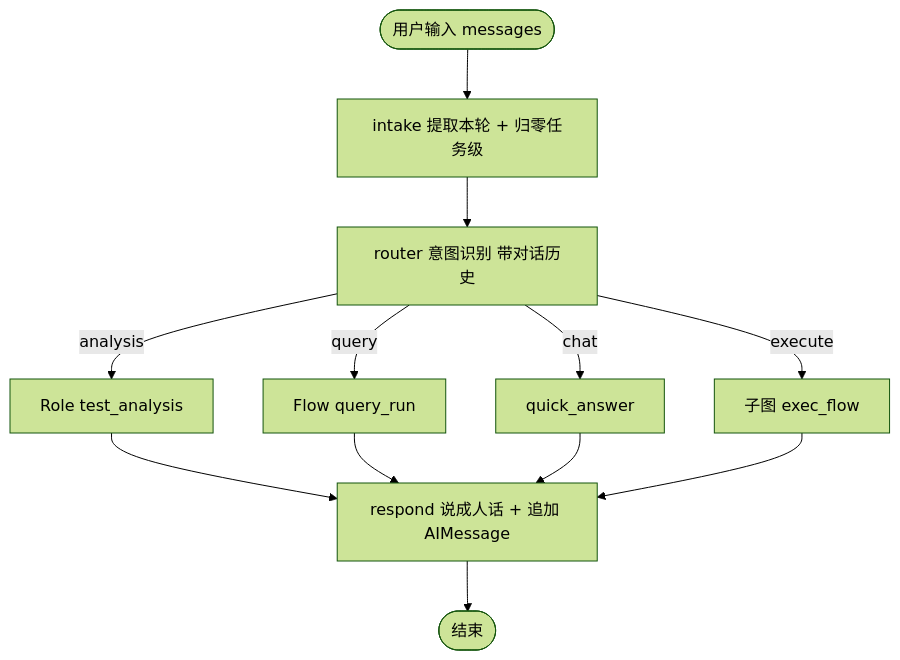
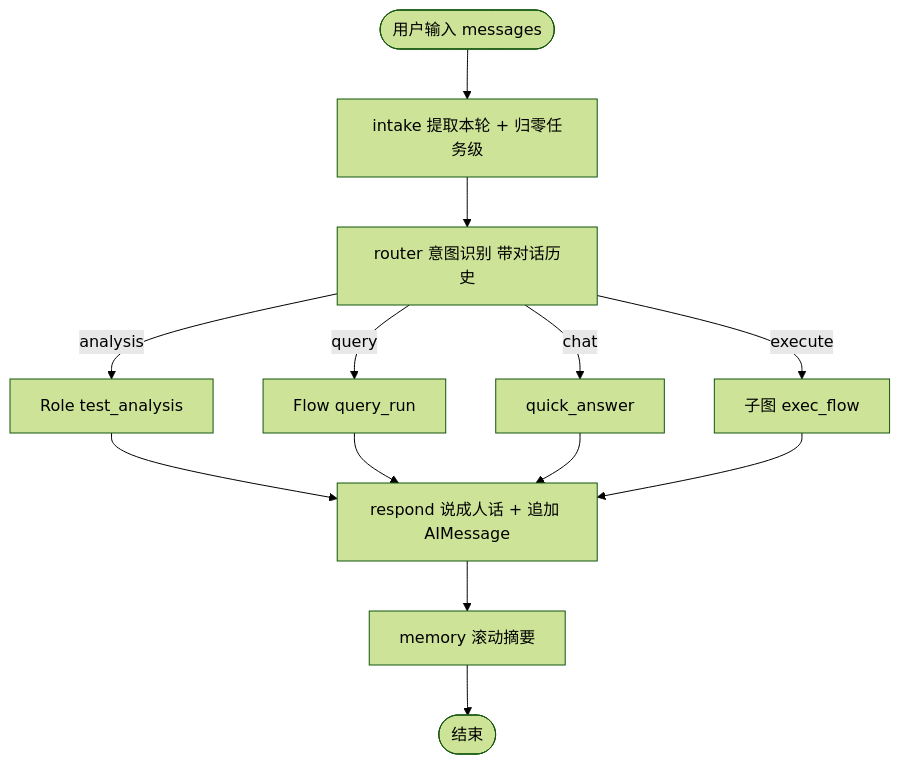
Before and after one commit to LuukkaToT/work_agent: the second of 4 diagrams in docs/architecture.md, drawn with Mermaid (forest theme). The commit also changed other lines of this file and 14 other files, not shown here.

````diff
--- a/docs/architecture.md
+++ b/docs/architecture.md
@@ -109,16 +110,17 @@
 ```mermaid
 flowchart TD
   Start(["用户输入 messages"]) --> Intake["intake 提取本轮 + 归零任务级"]
   Intake --> Router["router 意图识别 带对话历史"]
   Router -->|"analysis"| Analysis["Role test_analysis"]
   Router -->|"execute"| ExecFlow["子图 exec_flow"]
   Router -->|"query"| QueryRun["Flow query_run"]
   Router -->|"chat"| QuickAnswer["quick_answer"]
 
   Analysis --> Respond
   QueryRun --> Respond
   QuickAnswer --> Respond
   ExecFlow --> Respond
 
-  Respond["respond 说成人话 + 追加 AIMessage"] --> Finish(["结束"])
+  Respond["respond 说成人话 + 追加 AIMessage"] --> Memory["memory 滚动摘要"]
+  Memory --> Finish(["结束"])
 ```
````
